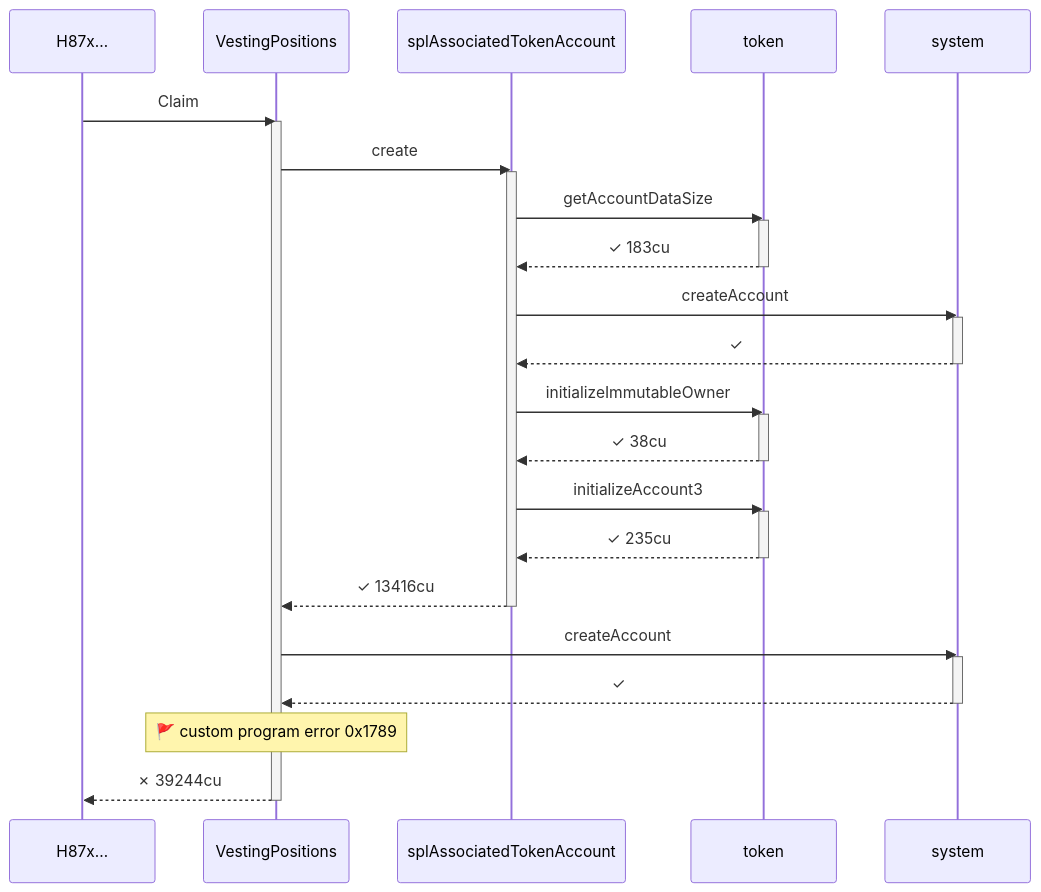
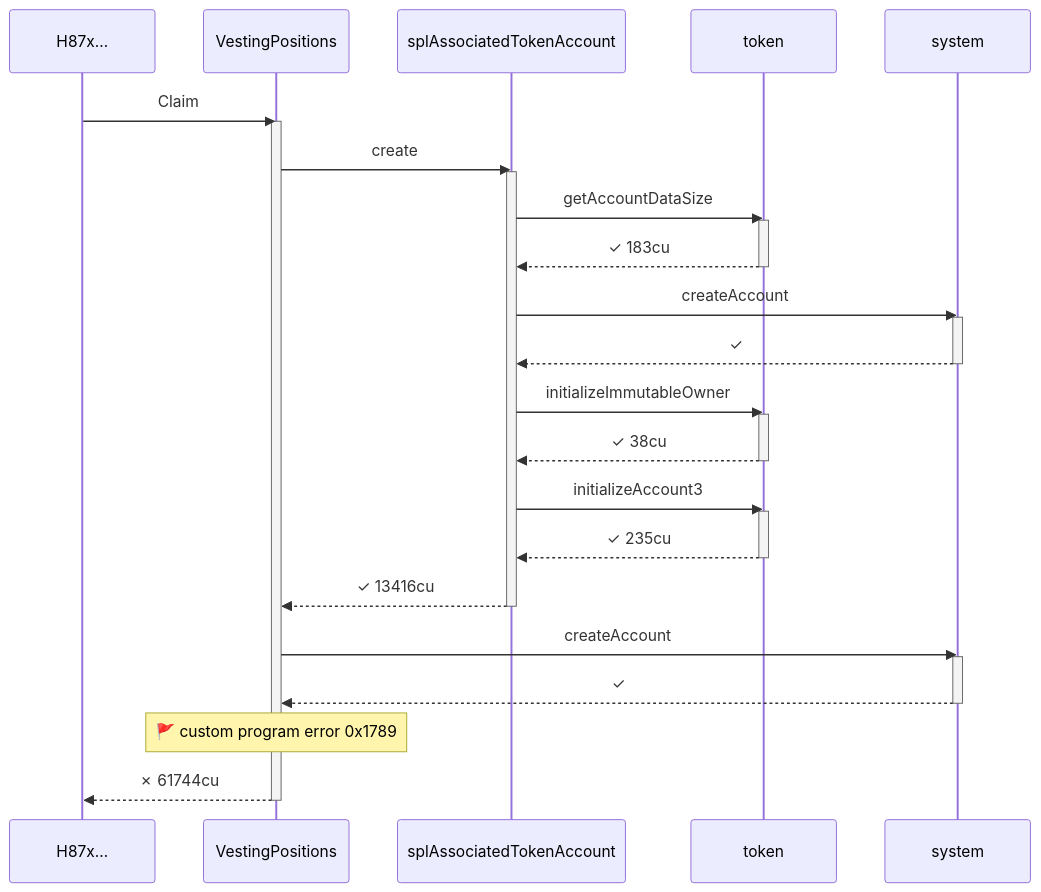
Before and after one commit to cds-turbin3/vesting-position: the tenth of 12 diagrams in babelfish-tests/test-report/scenario_9_claim_window_closes_after_grace.md, drawn with Mermaid. The commit also changed other lines of this file and 106 other files, not shown here.

````diff
--- a/babelfish-tests/test-report/scenario_9_claim_window_closes_after_grace.md
+++ b/babelfish-tests/test-report/scenario_9_claim_window_closes_after_grace.md
@@ -485,37 +503,37 @@
 ```mermaid
 sequenceDiagram
     participant p0 as H87x…
     participant p1 as VestingPositions
     participant p2 as splAssociatedTokenAccount
     participant p3 as token
     participant p4 as system
     p0->>p1: Claim
     activate p1
     p1->>p2: create
     activate p2
     p2->>p3: getAccountDataSize
     activate p3
     p3-->>p2: ✓ 183cu
     deactivate p3
     p2->>p4: createAccount
     activate p4
     p4-->>p2: ✓
     deactivate p4
     p2->>p3: initializeImmutableOwner
     activate p3
     p3-->>p2: ✓ 38cu
     deactivate p3
     p2->>p3: initializeAccount3
     activate p3
     p3-->>p2: ✓ 235cu
     deactivate p3
     p2-->>p1: ✓ 13416cu
     deactivate p2
     p1->>p4: createAccount
     activate p4
     p4-->>p1: ✓
     deactivate p4
     note over p1: 🚩 custom program error  0x1789
-    p1-->>p0: ✗ 39244cu
+    p1-->>p0: ✗ 61744cu
     deactivate p1
 ```
````
